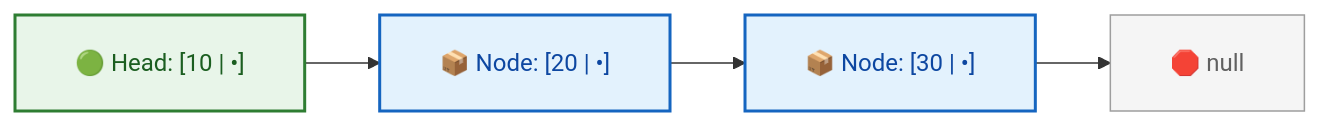
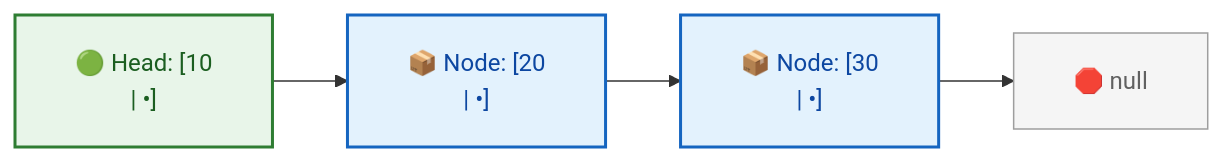
Before and after one commit to dip4k/DSA_102: the second of 5 diagrams in week_02_foundations_ii_linear_data_structures/Week_02_Visual_Concepts_Playbook_HYBRID.md, drawn with Mermaid. The commit also changed other lines of this file and 106 other files, not shown here.

First line of the commit message:
fix(mermaid): prevent text clipping with foreignObject overflow and tighter line wrapping

````diff
--- a/week_02_foundations_ii_linear_data_structures/Week_02_Visual_Concepts_Playbook_HYBRID.md
+++ b/week_02_foundations_ii_linear_data_structures/Week_02_Visual_Concepts_Playbook_HYBRID.md
@@ -180,14 +180,14 @@
 ```mermaid
-%%{init: {"flowchart": {"htmlLabels": true, "padding": 20}}}%%
+%%{init: {"flowchart": {"htmlLabels": true, "padding": 20}, "themeCSS": "foreignObject { overflow: visible !important; }"}}%%
 flowchart LR
     classDef headNode fill:#e8f5e9,stroke:#2e7d32,stroke-width:2px,color:#1b5e20
     classDef node fill:#e3f2fd,stroke:#1565c0,stroke-width:2px,color:#0d47a1
     classDef nullNode fill:#f5f5f5,stroke:#9e9e9e,stroke-width:1px,color:#616161
 
-    H["🟢 Head: [10 | •]"]:::headNode
-    N2["📦 Node: [20 | •]"]:::node
-    N3["📦 Node: [30 | •]"]:::node
+    H["🟢 Head: [10<br/>| •]"]:::headNode
+    N2["📦 Node: [20<br/>| •]"]:::node
+    N3["📦 Node: [30<br/>| •]"]:::node
     Null["🛑 null"]:::nullNode
 
     H --> N2 --> N3 --> Null
 ```
````
